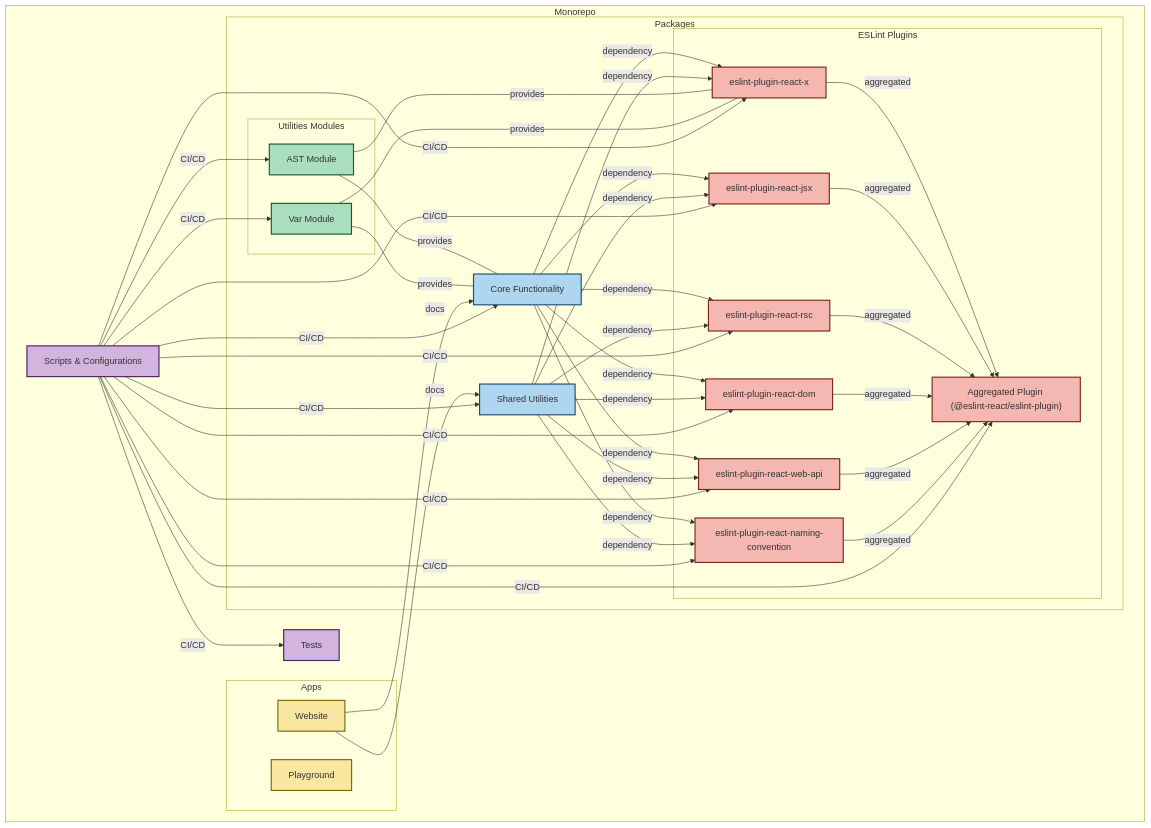
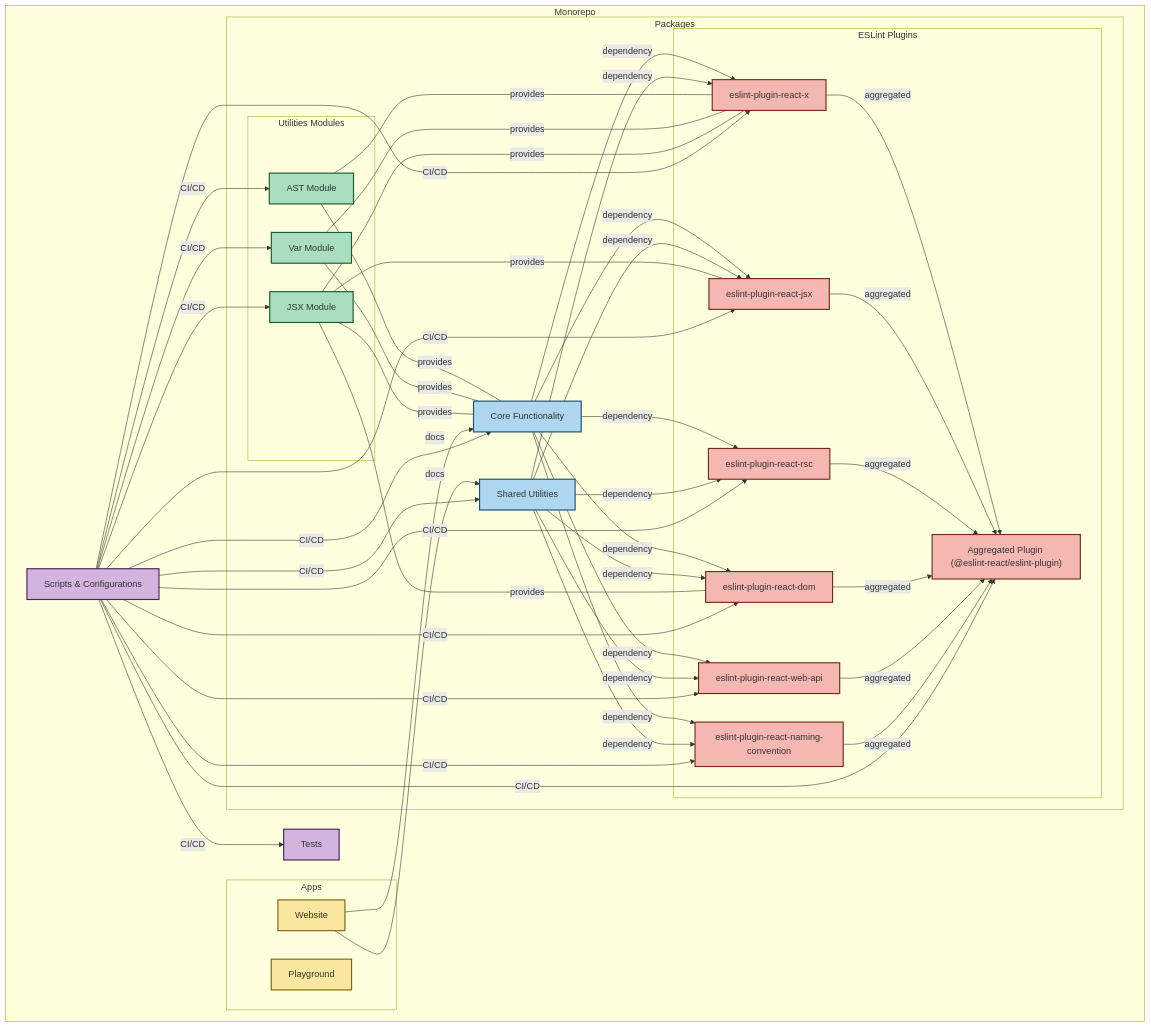
One commit to Rel1cx/eslint-react changed the diagram in apps/website/content/docs/contributing.mdx. Above: the diagram before and after it, drawn with Mermaid. The commit also changed other lines of this file and 53 other files, not shown here.

First line of the commit message:
refactor: extract JSX utilities into @eslint-react/jsx package

```diff
--- a/apps/website/content/docs/contributing.mdx
+++ b/apps/website/content/docs/contributing.mdx
@@ -29,17 +29,18 @@
             subgraph "Utilities Modules"
                 AST["AST Module"]:::utilities
                 Var["Var Module"]:::utilities
+                JSX["JSX Module"]:::utilities
             end
 
             %% ESLint Plugins Subgraph
             subgraph "ESLint Plugins"
-                X["eslint-plugin-react-x"]:::plugins
-                JSX["eslint-plugin-react-jsx"]:::plugins
-                RSC["eslint-plugin-react-rsc"]:::plugins
-                DOM["eslint-plugin-react-dom"]:::plugins
-                WebAPI["eslint-plugin-react-web-api"]:::plugins
-                NamingConvention["eslint-plugin-react-naming-convention"]:::plugins
-                Aggregated["Aggregated Plugin (@eslint-react/eslint-plugin)"]:::plugins
+                ReactX["eslint-plugin-react-x"]:::plugins
+                ReactJSX["eslint-plugin-react-jsx"]:::plugins
+                ReactRSC["eslint-plugin-react-rsc"]:::plugins
+                ReactDOM["eslint-plugin-react-dom"]:::plugins
+                ReactWebAPI["eslint-plugin-react-web-api"]:::plugins
+                ReactNamingConvention["eslint-plugin-react-naming-convention"]:::plugins
+                ReactAggregated["Aggregated Plugin (@eslint-react/eslint-plugin)"]:::plugins
             end
         end
 
@@ -52,34 +53,38 @@
 
     %% Relationships
     %% Plugins depend on Core and Shared
-    Core -->|"dependency"| X
-    Core -->|"dependency"| JSX
-    Core -->|"dependency"| RSC
-    Core -->|"dependency"| DOM
-    Core -->|"dependency"| WebAPI
-    Core -->|"dependency"| NamingConvention
+    Core -->|"dependency"| ReactX
+    Core -->|"dependency"| ReactJSX
+    Core -->|"dependency"| ReactRSC
+    Core -->|"dependency"| ReactDOM
+    Core -->|"dependency"| ReactWebAPI
+    Core -->|"dependency"| ReactNamingConvention
 
-    Shared -->|"dependency"| X
-    Shared -->|"dependency"| JSX
-    Shared -->|"dependency"| RSC
-    Shared -->|"dependency"| DOM
-    Shared -->|"dependency"| WebAPI
-    Shared -->|"dependency"| NamingConvention
+    Shared -->|"dependency"| ReactX
+    Shared -->|"dependency"| ReactJSX
+    Shared -->|"dependency"| ReactRSC
+    Shared -->|"dependency"| ReactDOM
+    Shared -->|"dependency"| ReactWebAPI
+    Shared -->|"dependency"| ReactNamingConvention
 
     %% Utilities used by Core and Plugins
     AST ---|"provides"| Core
     Var ---|"provides"| Core
+    JSX ---|"provides"| Core
 
-    AST ---|"provides"| X
-    Var ---|"provides"| X
+    AST ---|"provides"| ReactX
+    Var ---|"provides"| ReactX
+    JSX ---|"provides"| ReactX
+    JSX ---|"provides"| ReactDOM
+    JSX ---|"provides"| ReactJSX
 
     %% Aggregation of Plugins
-    X -->|"aggregated"| Aggregated
-    JSX -->|"aggregated"| Aggregated
-    RSC -->|"aggregated"| Aggregated
-    DOM -->|"aggregated"| Aggregated
-    WebAPI -->|"aggregated"| Aggregated
-    NamingConvention -->|"aggregated"| Aggregated
+    ReactX -->|"aggregated"| ReactAggregated
+    ReactJSX -->|"aggregated"| ReactAggregated
+    ReactRSC -->|"aggregated"| ReactAggregated
+    ReactDOM -->|"aggregated"| ReactAggregated
+    ReactWebAPI -->|"aggregated"| ReactAggregated
+    ReactNamingConvention -->|"aggregated"| ReactAggregated
 
     %% Website Documentation uses Core and Shared docs
     Website -->|"docs"| Core
@@ -90,13 +95,14 @@
     Scripts -->|"CI/CD"| Shared
     Scripts -->|"CI/CD"| AST
     Scripts -->|"CI/CD"| Var
-    Scripts -->|"CI/CD"| X
     Scripts -->|"CI/CD"| JSX
-    Scripts -->|"CI/CD"| RSC
-    Scripts -->|"CI/CD"| DOM
-    Scripts -->|"CI/CD"| WebAPI
-    Scripts -->|"CI/CD"| NamingConvention
-    Scripts -->|"CI/CD"| Aggregated
+    Scripts -->|"CI/CD"| ReactX
+    Scripts -->|"CI/CD"| ReactJSX
+    Scripts -->|"CI/CD"| ReactRSC
+    Scripts -->|"CI/CD"| ReactDOM
+    Scripts -->|"CI/CD"| ReactWebAPI
+    Scripts -->|"CI/CD"| ReactNamingConvention
+    Scripts -->|"CI/CD"| ReactAggregated
     Scripts -->|"CI/CD"| Tests
 
     %% Click Events
@@ -106,13 +112,14 @@
     click Shared "https://github.com/rel1cx/eslint-react/tree/main/packages/shared"
     click AST "https://github.com/rel1cx/eslint-react/tree/main/packages/utilities/ast"
     click Var "https://github.com/rel1cx/eslint-react/tree/main/packages/utilities/var"
-    click X "https://github.com/rel1cx/eslint-react/tree/main/packages/plugins/eslint-plugin-react-x"
-    click JSX "https://github.com/rel1cx/eslint-react/tree/main/packages/plugins/eslint-plugin-react-jsx"
-    click RSC "https://github.com/rel1cx/eslint-react/tree/main/packages/plugins/eslint-plugin-react-rsc"
-    click DOM "https://github.com/rel1cx/eslint-react/tree/main/packages/plugins/eslint-plugin-react-dom"
-    click WebAPI "https://github.com/rel1cx/eslint-react/tree/main/packages/plugins/eslint-plugin-react-web-api"
-    click NamingConvention "https://github.com/rel1cx/eslint-react/tree/main/packages/plugins/eslint-plugin-react-naming-convention"
-    click Aggregated "https://github.com/rel1cx/eslint-react/tree/main/packages/plugins/eslint-plugin"
+    click JSX "https://github.com/rel1cx/eslint-react/tree/main/packages/utilities/jsx"
+    click ReactX "https://github.com/rel1cx/eslint-react/tree/main/packages/plugins/eslint-plugin-react-x"
+    click ReactJSX "https://github.com/rel1cx/eslint-react/tree/main/packages/plugins/eslint-plugin-react-jsx"
+    click ReactRSC "https://github.com/rel1cx/eslint-react/tree/main/packages/plugins/eslint-plugin-react-rsc"
+    click ReactDOM "https://github.com/rel1cx/eslint-react/tree/main/packages/plugins/eslint-plugin-react-dom"
+    click ReactWebAPI "https://github.com/rel1cx/eslint-react/tree/main/packages/plugins/eslint-plugin-react-web-api"
+    click ReactNamingConvention "https://github.com/rel1cx/eslint-react/tree/main/packages/plugins/eslint-plugin-react-naming-convention"
+    click ReactAggregated "https://github.com/rel1cx/eslint-react/tree/main/packages/plugins/eslint-plugin"
     click Scripts "https://github.com/rel1cx/eslint-react/tree/main/scripts"
     click Tests "https://github.com/rel1cx/eslint-react/tree/main/test"
 
```
